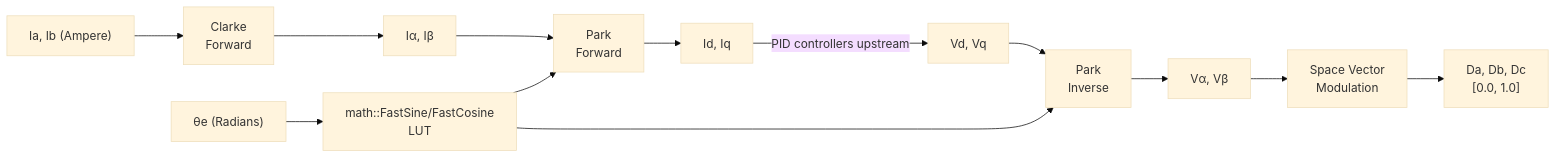
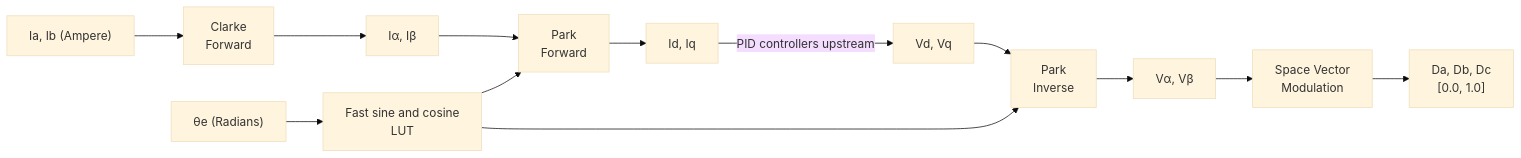
One commit to embedded-pro/e-foc changed the second of 2 diagrams in documentation/design/foc-transforms.md. Above: the diagram before and after it, drawn with Mermaid (base theme). The commit also changed other lines of this file and 37 other files, not shown here.

````diff
--- a/documentation/design/foc-transforms.md
+++ b/documentation/design/foc-transforms.md
@@ -232,15 +233,15 @@
 ```mermaid
 graph LR
     Ia["Ia, Ib (Ampere)"] --> Clarke["Clarke\nForward"]
     Clarke --> Ialpha["Iα, Iβ"]
     Ialpha --> Park["Park\nForward"]
-    Theta["θe (Radians)"] --> Trig["math::FastSine/FastCosine\nLUT"]
+    Theta["θe (Radians)"] --> Trig["Fast sine and cosine\nLUT"]
     Trig --> Park
     Trig --> InvPark["Park\nInverse"]
     Park --> dq["Id, Iq"]
     dq -->|PID controllers upstream| Vdq["Vd, Vq"]
     Vdq --> InvPark
     InvPark --> Vab["Vα, Vβ"]
     Vab --> SVM["Space Vector\nModulation"]
     SVM --> Duty["Da, Db, Dc\n[0.0, 1.0]"]
 ```
````
